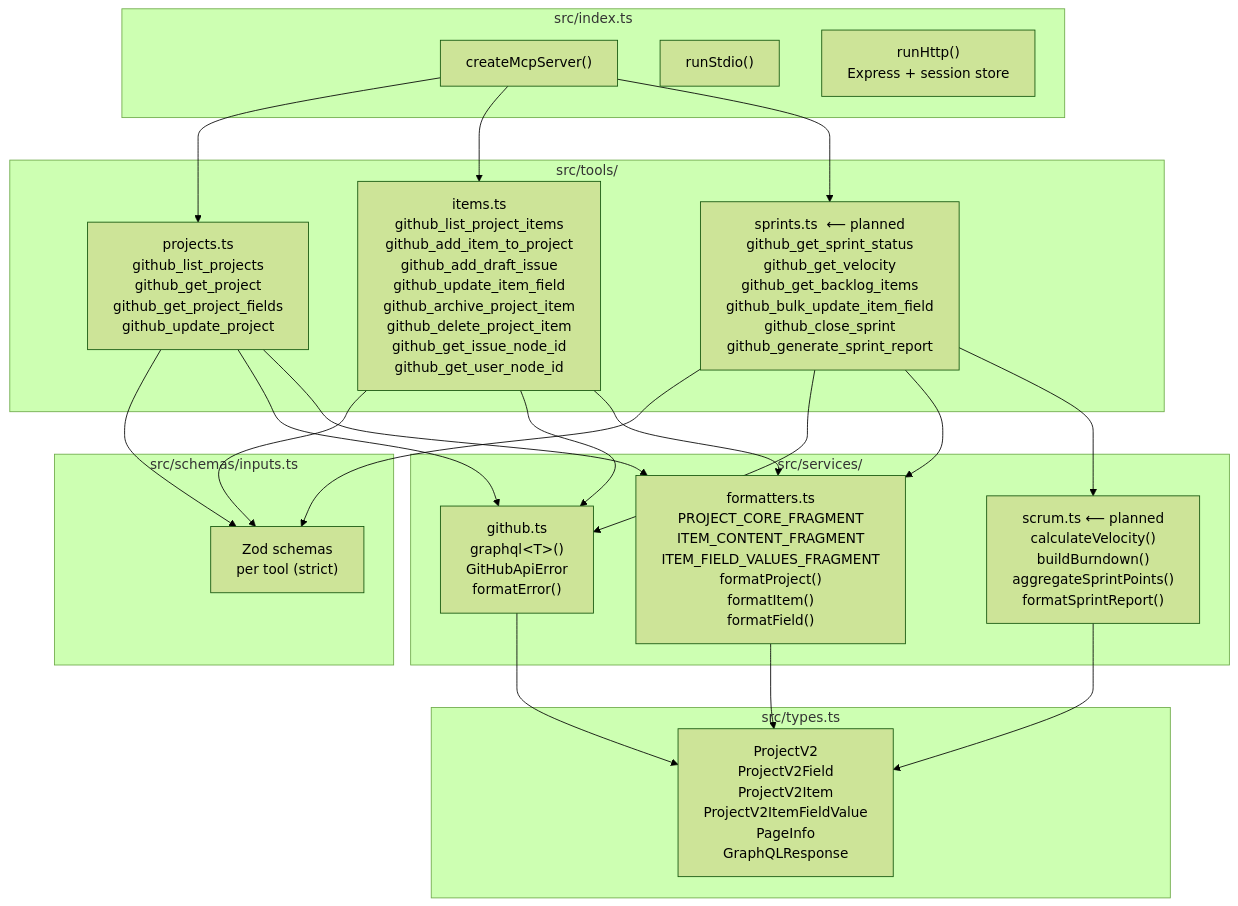
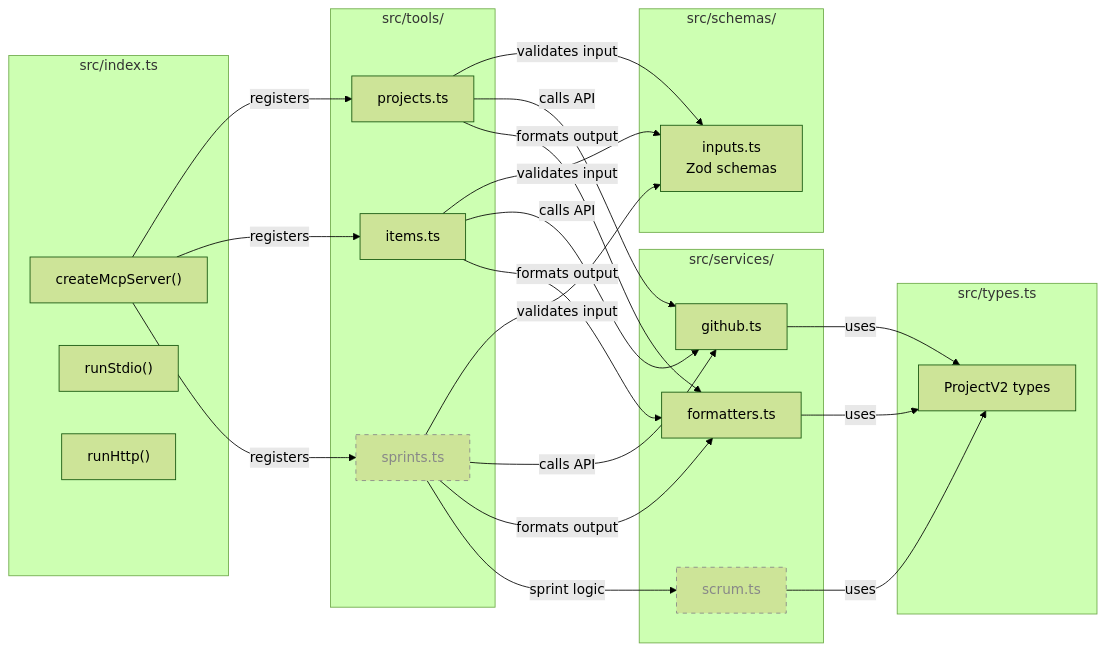
The second of 5 diagrams in README.md (hoonsubin/github-projects-mcp-server), drawn with Mermaid (forest theme) before and after one commit. The commit also changed 3 other files, not shown here.

````diff
--- a/README.md
+++ b/README.md
@@ -68,37 +68,37 @@
 ```mermaid
-flowchart TD
+flowchart LR
+    classDef planned stroke-dasharray:5 5,stroke:#888,color:#888
+
     subgraph Entry["src/index.ts"]
         FACTORY["createMcpServer()"]
         STDIO_T["runStdio()"]
-        HTTP_T["runHttp()\nExpress + session store"]
+        HTTP_T["runHttp()"]
     end
 
     subgraph Tools["src/tools/"]
-        PT["projects.ts\ngithub_list_projects\ngithub_get_project\ngithub_get_project_fields\ngithub_update_project"]
-        IT["items.ts\ngithub_list_project_items\ngithub_add_item_to_project\ngithub_add_draft_issue\ngithub_update_item_field\ngithub_archive_project_item\ngithub_delete_project_item\ngithub_get_issue_node_id\ngithub_get_user_node_id"]
-        ST["sprints.ts  ⟵ planned\ngithub_get_sprint_status\ngithub_get_velocity\ngithub_get_backlog_items\ngithub_bulk_update_item_field\ngithub_close_sprint\ngithub_generate_sprint_report"]
+        PT["projects.ts"]
+        IT["items.ts"]
+        ST["sprints.ts"]:::planned
     end
 
-    subgraph Schemas["src/schemas/inputs.ts"]
-        ZOD["Zod schemas\nper tool (strict)"]
+    subgraph Schemas["src/schemas/"]
+        ZOD["inputs.ts\nZod schemas"]
     end
 
     subgraph Services["src/services/"]
-        GH["github.ts\ngraphql&lt;T&gt;()\nGitHubApiError\nformatError()"]
-        FMTS["formatters.ts\nPROJECT_CORE_FRAGMENT\nITEM_CONTENT_FRAGMENT\nITEM_FIELD_VALUES_FRAGMENT\nformatProject()\nformatItem()\nformatField()"]
-        SCRUM["scrum.ts  ⟵ planned\ncalculateVelocity()\nbuildBurndown()\naggregateSprintPoints()\nformatSprintReport()"]
+        GH["github.ts"]
+        FMTS["formatters.ts"]
+        SCRUM["scrum.ts"]:::planned
     end
 
     subgraph Types["src/types.ts"]
-        TY["ProjectV2\nProjectV2Field\nProjectV2Item\nProjectV2ItemFieldValue\nPageInfo\nGraphQLResponse"]
+        TY["ProjectV2 types"]
     end
 
-    FACTORY --> PT & IT & ST
-    PT & IT & ST --> ZOD
-    PT & IT & ST --> GH
-    PT & IT & ST --> FMTS
-    ST --> SCRUM
-    GH --> TY
-    FMTS --> TY
-    SCRUM --> TY
+    FACTORY -->|registers| PT & IT & ST
+    PT & IT & ST -->|validates input| ZOD
+    PT & IT & ST -->|calls API| GH
+    PT & IT & ST -->|formats output| FMTS
+    ST -->|sprint logic| SCRUM
+    GH & FMTS & SCRUM -->|uses| TY
 ```
````
